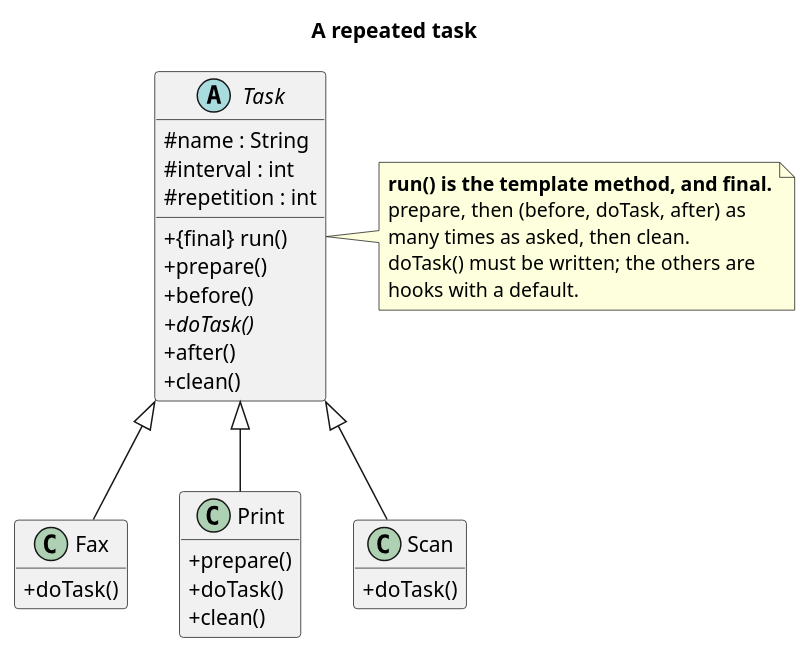
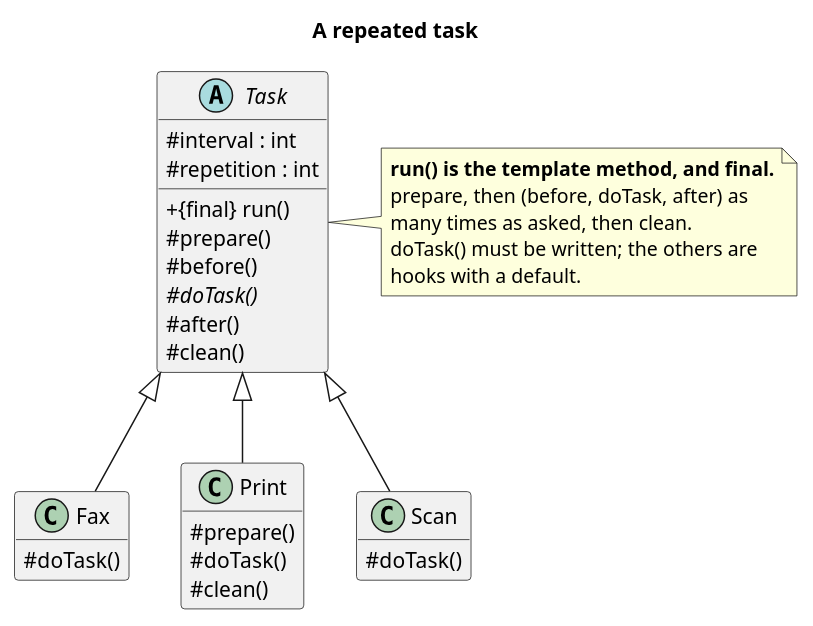
Before and after one commit to kaldiroglu/DesignPatternsWithJava: the diagram in src/main/java/dev/kaldiroglu/dp/behavioral/templateMethod/task/uml/Template Method - Task - Class Diagram.puml, drawn with PlantUML. The commit also changed 42 other files, not shown here.

```diff
--- a/src/main/java/dev/kaldiroglu/dp/behavioral/templateMethod/task/uml/Template Method - Task - Class Diagram.puml
+++ b/src/main/java/dev/kaldiroglu/dp/behavioral/templateMethod/task/uml/Template Method - Task - Class Diagram.puml
@@ -1,40 +1,39 @@
 @startuml "Template Method - Task - Class Diagram"
 skinparam classAttributeIconSize 0
 hide empty members
 title A repeated task
 
 abstract class Task {
-  # name : String
   # interval : int
   # repetition : int
   + {final} run()
-  + prepare()
-  + before()
-  + {abstract} doTask()
-  + after()
-  + clean()
+  # prepare()
+  # before()
+  # {abstract} doTask()
+  # after()
+  # clean()
 }
 class Fax {
-  + doTask()
+  # doTask()
 }
 class Print {
-  + prepare()
-  + doTask()
-  + clean()
+  # prepare()
+  # doTask()
+  # clean()
 }
 class Scan {
-  + doTask()
+  # doTask()
 }
 
 Task <|-- Fax
 Task <|-- Print
 Task <|-- Scan
 
 note right of Task
   <b>run() is the template method, and final.</b>
   prepare, then (before, doTask, after) as
   many times as asked, then clean.
   doTask() must be written; the others are
   hooks with a default.
 end note
 @enduml
```
